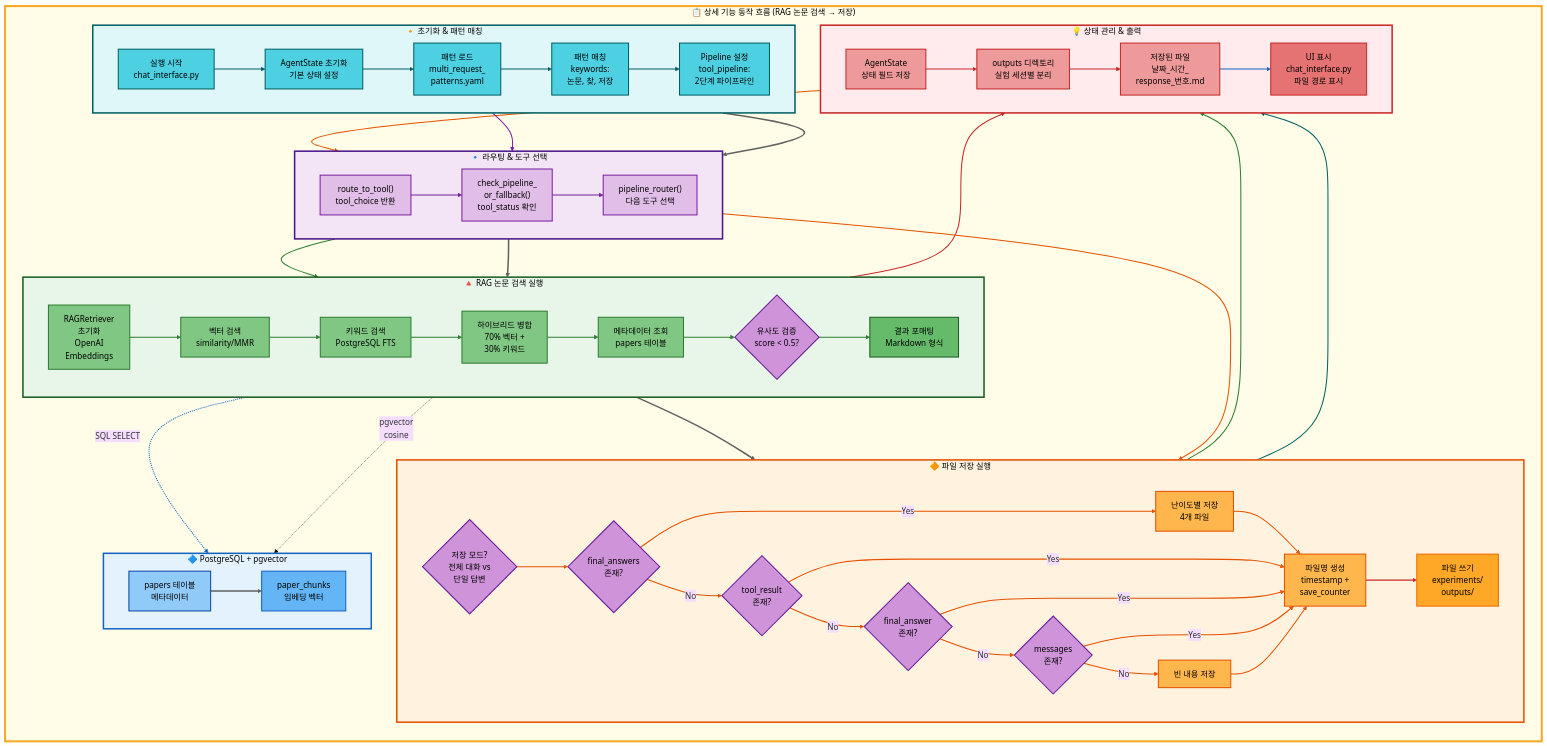
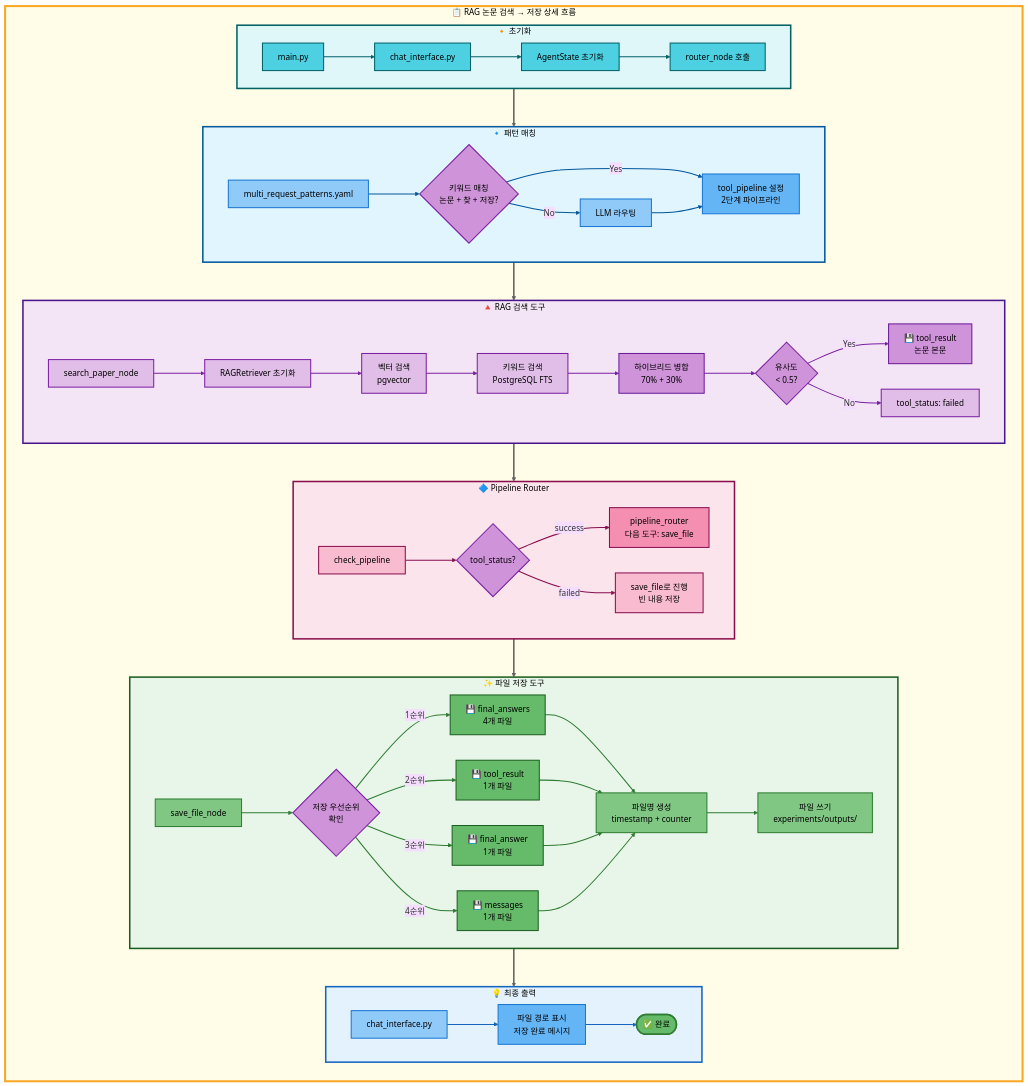
The second of 2 diagrams in docs/architecture/multiple_request/02_이중요청_RAG논문검색_저장.md (AIBootcamp14/langchainproject-new-langchainproject_5), drawn with Mermaid (base theme) before and after one commit. The commit also changed other lines of this file, not shown here.

Commit message:
style: 02번 문서 Mermaid 다이어그램 01번 형식으로 통일
02_이중요청_RAG논문검색_저장.md의 Mermaid 다이어그램을
01_이중요청_RAG논문검색_논문요약.md와 동일한 예쁜 형식으로 수정

## 🎨 개선 사항

### 단순 흐름 아키텍처
- 시작/완료 노드 추가 (둥근 형태)
- 노드 ID를 알파벳(A~N)으로 변경
- 레이블 간결화 및 이모지 활용 (💾)
- 조건 분기 색상 보라색으로 통일
- 4단계 구조: Init → Step1 → Step2 → Output

### 상세 기능 동작 흐름도
- 노드 ID를 알파벳(A~AE)으로 변경
- 복잡한 구조 단순화 (8개 subgraph → 6개)
- Database subgraph 제거, 핵심 흐름에 집중
- 6단계 구조: Init → Pattern → Search → Router → Save → Output
- 저장 우선순위 4단계 명확히 표시

### 통일된 스타일
- 01번과 동일한 색상 팔레트
- 01번과 동일한 linkStyle 주석 형식
- 01번과 동일한 노드 스타일 블록 구조

````diff
--- a/docs/architecture/multiple_request/02_이중요청_RAG논문검색_저장.md
+++ b/docs/architecture/multiple_request/02_이중요청_RAG논문검색_저장.md
@@ -323,182 +316,168 @@
 ```mermaid
 graph TB
-    subgraph MainFlow["📋 상세 기능 동작 흐름 (RAG 논문 검색 → 저장)"]
+    subgraph MainFlow["📋 RAG 논문 검색 → 저장 상세 흐름"]
         direction TB
 
-        subgraph Init["🔸 초기화 & 패턴 매칭"]
+        subgraph Init["🔸 초기화"]
             direction LR
-            Start["실행 시작<br/>chat_interface.py"] --> InitState["AgentState 초기화<br/>기본 상태 설정"]
-            InitState --> LoadPatterns["패턴 로드<br/>multi_request_<br/>patterns.yaml"]
-            LoadPatterns --> PatternMatch["패턴 매칭<br/>keywords:<br/>논문, 찾, 저장"]
-            PatternMatch --> SetPipeline["Pipeline 설정<br/>tool_pipeline:<br/>2단계 파이프라인"]
+            A[main.py] --> B[chat_interface.py]
+            B --> C[AgentState 초기화]
+            C --> D[router_node 호출]
         end
 
-        subgraph Routing["🔹 라우팅 & 도구 선택"]
+        subgraph Pattern["🔹 패턴 매칭"]
             direction LR
-            RouteToTool["route_to_tool()<br/>tool_choice 반환"] --> CheckPipeline["check_pipeline_<br/>or_fallback()<br/>tool_status 확인"]
-            CheckPipeline --> PipelineRouter["pipeline_router()<br/>다음 도구 선택"]
+            E[multi_request_patterns.yaml] --> F{키워드 매칭<br/>논문 + 찾 + 저장?}
+            F -->|Yes| G[tool_pipeline 설정<br/>2단계 파이프라인]
+            F -->|No| H[LLM 라우팅]
+            H --> G
         end
 
-        subgraph SearchPaper["🔺 RAG 논문 검색 실행"]
+        subgraph Search["🔺 RAG 검색 도구"]
             direction LR
-            InitRetriever["RAGRetriever<br/>초기화<br/>OpenAI<br/>Embeddings"] --> VectorSearch["벡터 검색<br/>similarity/MMR"]
-            VectorSearch --> KeywordSearch["키워드 검색<br/>PostgreSQL FTS"]
-            KeywordSearch --> HybridMerge["하이브리드 병합<br/>70% 벡터 +<br/>30% 키워드"]
-            HybridMerge --> FetchMeta["메타데이터 조회<br/>papers 테이블"]
-            FetchMeta --> CheckSimilarity{"유사도 검증<br/>score < 0.5?"}
-            CheckSimilarity --> FormatResult["결과 포매팅<br/>Markdown 형식"]
+            I[search_paper_node] --> J[RAGRetriever 초기화]
+            J --> K[벡터 검색<br/>pgvector]
+            K --> L[키워드 검색<br/>PostgreSQL FTS]
+            L --> M[하이브리드 병합<br/>70% + 30%]
+            M --> N{유사도<br/>< 0.5?}
+            N -->|Yes| O[💾 tool_result<br/>논문 본문]
+            N -->|No| P[tool_status: failed]
         end
 
-        subgraph SaveFile["🔶 파일 저장 실행"]
+        subgraph Router["🔷 Pipeline Router"]
             direction LR
-            CheckSaveMode{"저장 모드?<br/>전체 대화 vs<br/>단일 답변"} --> CheckFinalAnswers{"final_answers<br/>존재?"}
-            CheckFinalAnswers -->|"Yes"| SaveMultiple["난이도별 저장<br/>4개 파일"]
-            CheckFinalAnswers -->|"No"| CheckToolResult{"tool_result<br/>존재?"}
-            CheckToolResult -->|"Yes"| GenerateFilename["파일명 생성<br/>timestamp +<br/>save_counter"]
-            CheckToolResult -->|"No"| CheckFinalAnswer{"final_answer<br/>존재?"}
-            CheckFinalAnswer -->|"Yes"| GenerateFilename
-            CheckFinalAnswer -->|"No"| CheckMessages{"messages<br/>존재?"}
-            CheckMessages -->|"Yes"| GenerateFilename
-            CheckMessages -->|"No"| SaveEmpty["빈 내용 저장"]
-            SaveMultiple --> GenerateFilename
-            SaveEmpty --> GenerateFilename
-            GenerateFilename --> WriteFile["파일 쓰기<br/>experiments/<br/>outputs/"]
+            Q[check_pipeline] --> R{tool_status?}
+            R -->|success| S[pipeline_router<br/>다음 도구: save_file]
+            R -->|failed| T[save_file로 진행<br/>빈 내용 저장]
         end
 
-        subgraph State["💡 상태 관리 & 출력"]
+        subgraph Save["✨ 파일 저장 도구"]
             direction LR
-            StateFields["AgentState<br/>상태 필드 저장"] --> OutputDir["outputs 디렉토리<br/>실험 세션별 분리"]
-            OutputDir --> SavedFile["저장된 파일<br/>날짜_시간_<br/>response_번호.md"]
-            SavedFile --> DisplayResult["UI 표시<br/>chat_interface.py<br/>파일 경로 표시"]
+            U[save_file_node] --> V{저장 우선순위<br/>확인}
+            V -->|1순위| W[💾 final_answers<br/>4개 파일]
+            V -->|2순위| X[💾 tool_result<br/>1개 파일]
+            V -->|3순위| Y[💾 final_answer<br/>1개 파일]
+            V -->|4순위| Z[💾 messages<br/>1개 파일]
+            W --> AA[파일명 생성<br/>timestamp + counter]
+            X --> AA
+            Y --> AA
+            Z --> AA
+            AA --> AB[파일 쓰기<br/>experiments/outputs/]
         end
 
-        subgraph Database["🔷 PostgreSQL + pgvector"]
+        subgraph Output["💡 최종 출력"]
             direction LR
-            PapersTable["papers 테이블<br/>메타데이터"] --> ChunksTable["paper_chunks<br/>임베딩 벡터"]
+            AC[chat_interface.py] --> AD[파일 경로 표시<br/>저장 완료 메시지]
+            AD --> AE([✅ 완료])
         end
 
         %% 단계 간 연결
-        Init --> Routing
-        Routing --> SearchPaper
-        SearchPaper --> SaveFile
-        SaveFile --> State
+        Init --> Pattern
+        Pattern --> Search
+        Search --> Router
+        Router --> Save
+        Save --> Output
     end
-
-    %% 세부 연결
-    SetPipeline --> RouteToTool
-    RouteToTool --> InitRetriever
-    FormatResult --> StateFields
-    StateFields --> CheckPipeline
-    PipelineRouter --> CheckSaveMode
-    WriteFile --> OutputDir
-    FetchMeta -.->|"SQL SELECT"| PapersTable
-    VectorSearch -.->|"pgvector<br/>cosine"| ChunksTable
 
     %% 메인 워크플로우 배경
     style MainFlow fill:#fffde7,stroke:#f9a825,stroke-width:4px,color:#000
 
     %% Subgraph 스타일
     style Init fill:#e0f7fa,stroke:#006064,stroke-width:3px,color:#000
-    style Routing fill:#f3e5f5,stroke:#4a148c,stroke-width:3px,color:#000
-    style SearchPaper fill:#e8f5e9,stroke:#1b5e20,stroke-width:3px,color:#000
-    style SaveFile fill:#fff3e0,stroke:#e65100,stroke-width:3px,color:#000
-    style State fill:#ffebee,stroke:#c62828,stroke-width:3px,color:#000
-    style Database fill:#e3f2fd,stroke:#1565c0,stroke-width:3px,color:#000
+    style Pattern fill:#e1f5ff,stroke:#01579b,stroke-width:3px,color:#000
+    style Search fill:#f3e5f5,stroke:#4a148c,stroke-width:3px,color:#000
+    style Router fill:#fce4ec,stroke:#880e4f,stroke-width:3px,color:#000
+    style Save fill:#e8f5e9,stroke:#1b5e20,stroke-width:3px,color:#000
+    style Output fill:#e3f2fd,stroke:#1565c0,stroke-width:3px,color:#000
 
-    %% 노드 스타일 (초기화 & 패턴 매칭 - 청록 계열)
-    style Start fill:#4dd0e1,stroke:#006064,stroke-width:2px,color:#000
-    style InitState fill:#4dd0e1,stroke:#006064,stroke-width:2px,color:#000
-    style LoadPatterns fill:#4dd0e1,stroke:#006064,stroke-width:2px,color:#000
-    style PatternMatch fill:#4dd0e1,stroke:#006064,stroke-width:2px,color:#000
-    style SetPipeline fill:#4dd0e1,stroke:#006064,stroke-width:2px,color:#000
+    %% 노드 스타일 (초기화 - 청록 계열)
+    style A fill:#4dd0e1,stroke:#006064,stroke-width:2px,color:#000
+    style B fill:#4dd0e1,stroke:#006064,stroke-width:2px,color:#000
+    style C fill:#4dd0e1,stroke:#006064,stroke-width:2px,color:#000
+    style D fill:#4dd0e1,stroke:#006064,stroke-width:2px,color:#000
 
-    %% 노드 스타일 (라우팅 & 도구 선택 - 보라 계열)
-    style RouteToTool fill:#e1bee7,stroke:#7b1fa2,stroke-width:2px,color:#000
-    style CheckPipeline fill:#e1bee7,stroke:#7b1fa2,stroke-width:2px,color:#000
-    style PipelineRouter fill:#e1bee7,stroke:#7b1fa2,stroke-width:2px,color:#000
+    %% 노드 스타일 (패턴 - 파랑 계열)
+    style E fill:#90caf9,stroke:#1976d2,stroke-width:2px,color:#000
+    style F fill:#ce93d8,stroke:#7b1fa2,stroke-width:2px,color:#000
+    style G fill:#64b5f6,stroke:#1976d2,stroke-width:2px,color:#000
+    style H fill:#90caf9,stroke:#1976d2,stroke-width:2px,color:#000
 
-    %% 노드 스타일 (RAG 논문 검색 실행 - 녹색 계열)
-    style InitRetriever fill:#81c784,stroke:#2e7d32,stroke-width:2px,color:#000
-    style VectorSearch fill:#81c784,stroke:#2e7d32,stroke-width:2px,color:#000
-    style KeywordSearch fill:#81c784,stroke:#2e7d32,stroke-width:2px,color:#000
-    style HybridMerge fill:#81c784,stroke:#2e7d32,stroke-width:2px,color:#000
-    style FetchMeta fill:#81c784,stroke:#2e7d32,stroke-width:2px,color:#000
-    style CheckSimilarity fill:#ce93d8,stroke:#6a1b9a,stroke-width:2px,color:#000
-    style FormatResult fill:#66bb6a,stroke:#1b5e20,stroke-width:2px,color:#000
+    %% 노드 스타일 (RAG 검색 - 보라 계열)
+    style I fill:#e1bee7,stroke:#7b1fa2,stroke-width:2px,color:#000
+    style J fill:#e1bee7,stroke:#7b1fa2,stroke-width:2px,color:#000
+    style K fill:#e1bee7,stroke:#7b1fa2,stroke-width:2px,color:#000
+    style L fill:#e1bee7,stroke:#7b1fa2,stroke-width:2px,color:#000
+    style M fill:#ce93d8,stroke:#6a1b9a,stroke-width:2px,color:#000
+    style N fill:#ce93d8,stroke:#7b1fa2,stroke-width:2px,color:#000
+    style O fill:#ce93d8,stroke:#6a1b9a,stroke-width:2px,color:#000
+    style P fill:#e1bee7,stroke:#7b1fa2,stroke-width:2px,color:#000
 
-    %% 노드 스타일 (파일 저장 실행 - 주황 계열)
-    style CheckSaveMode fill:#ce93d8,stroke:#6a1b9a,stroke-width:2px,color:#000
-    style CheckFinalAnswers fill:#ce93d8,stroke:#6a1b9a,stroke-width:2px,color:#000
-    style CheckToolResult fill:#ce93d8,stroke:#6a1b9a,stroke-width:2px,color:#000
-    style CheckFinalAnswer fill:#ce93d8,stroke:#6a1b9a,stroke-width:2px,color:#000
-    style CheckMessages fill:#ce93d8,stroke:#6a1b9a,stroke-width:2px,color:#000
-    style SaveMultiple fill:#ffb74d,stroke:#e65100,stroke-width:2px,color:#000
-    style SaveEmpty fill:#ffb74d,stroke:#e65100,stroke-width:2px,color:#000
-    style GenerateFilename fill:#ffb74d,stroke:#e65100,stroke-width:2px,color:#000
-    style WriteFile fill:#ffa726,stroke:#ef6c00,stroke-width:2px,color:#000
+    %% 노드 스타일 (Router - 핑크 계열)
+    style Q fill:#f8bbd0,stroke:#880e4f,stroke-width:2px,color:#000
+    style R fill:#ce93d8,stroke:#7b1fa2,stroke-width:2px,color:#000
+    style S fill:#f48fb1,stroke:#880e4f,stroke-width:2px,color:#000
+    style T fill:#f8bbd0,stroke:#880e4f,stroke-width:2px,color:#000
 
-    %% 노드 스타일 (상태 관리 & 출력 - 빨강 계열)
-    style StateFields fill:#ef9a9a,stroke:#c62828,stroke-width:2px,color:#000
-    style OutputDir fill:#ef9a9a,stroke:#c62828,stroke-width:2px,color:#000
-    style SavedFile fill:#ef9a9a,stroke:#c62828,stroke-width:2px,color:#000
-    style DisplayResult fill:#e57373,stroke:#c62828,stroke-width:2px,color:#000
+    %% 노드 스타일 (저장 - 녹색 계열)
+    style U fill:#81c784,stroke:#2e7d32,stroke-width:2px,color:#000
+    style V fill:#ce93d8,stroke:#7b1fa2,stroke-width:2px,color:#000
+    style W fill:#66bb6a,stroke:#1b5e20,stroke-width:2px,color:#000
+    style X fill:#66bb6a,stroke:#1b5e20,stroke-width:2px,color:#000
+    style Y fill:#66bb6a,stroke:#1b5e20,stroke-width:2px,color:#000
+    style Z fill:#66bb6a,stroke:#1b5e20,stroke-width:2px,color:#000
+    style AA fill:#81c784,stroke:#2e7d32,stroke-width:2px,color:#000
+    style AB fill:#81c784,stroke:#2e7d32,stroke-width:2px,color:#000
 
-    %% 노드 스타일 (PostgreSQL + pgvector - 파랑 계열)
-    style PapersTable fill:#90caf9,stroke:#0d47a1,stroke-width:2px,color:#000
-    style ChunksTable fill:#64b5f6,stroke:#1565c0,stroke-width:2px,color:#000
+    %% 노드 스타일 (출력 - 파랑 계열)
+    style AC fill:#90caf9,stroke:#1976d2,stroke-width:2px,color:#000
+    style AD fill:#64b5f6,stroke:#1976d2,stroke-width:2px,color:#000
+    style AE fill:#66bb6a,stroke:#2e7d32,stroke-width:3px,color:#000
 
-    %% 연결선 스타일 (초기화 - 청록 0~3)
+    %% 연결선 스타일 (초기화 0~2)
     linkStyle 0 stroke:#006064,stroke-width:2px
     linkStyle 1 stroke:#006064,stroke-width:2px
     linkStyle 2 stroke:#006064,stroke-width:2px
-    linkStyle 3 stroke:#006064,stroke-width:2px
 
-    %% 연결선 스타일 (라우팅 - 보라 4~5)
-    linkStyle 4 stroke:#7b1fa2,stroke-width:2px
-    linkStyle 5 stroke:#7b1fa2,stroke-width:2px
+    %% 연결선 스타일 (패턴 3~6)
+    linkStyle 3 stroke:#01579b,stroke-width:2px
+    linkStyle 4 stroke:#01579b,stroke-width:2px
+    linkStyle 5 stroke:#01579b,stroke-width:2px
+    linkStyle 6 stroke:#01579b,stroke-width:2px
 
-    %% 연결선 스타일 (RAG 검색 - 녹색 6~10)
-    linkStyle 6 stroke:#2e7d32,stroke-width:2px
-    linkStyle 7 stroke:#2e7d32,stroke-width:2px
-    linkStyle 8 stroke:#2e7d32,stroke-width:2px
-    linkStyle 9 stroke:#2e7d32,stroke-width:2px
-    linkStyle 10 stroke:#2e7d32,stroke-width:2px
-    linkStyle 11 stroke:#2e7d32,stroke-width:2px
+    %% 연결선 스타일 (RAG 검색 7~13)
+    linkStyle 7 stroke:#7b1fa2,stroke-width:2px
+    linkStyle 8 stroke:#7b1fa2,stroke-width:2px
+    linkStyle 9 stroke:#7b1fa2,stroke-width:2px
+    linkStyle 10 stroke:#7b1fa2,stroke-width:2px
+    linkStyle 11 stroke:#7b1fa2,stroke-width:2px
+    linkStyle 12 stroke:#7b1fa2,stroke-width:2px
+    linkStyle 13 stroke:#7b1fa2,stroke-width:2px
 
-    %% 연결선 스타일 (파일 저장 - 주황 12~22)
-    linkStyle 12 stroke:#e65100,stroke-width:2px
-    linkStyle 13 stroke:#e65100,stroke-width:2px
-    linkStyle 14 stroke:#e65100,stroke-width:2px
-    linkStyle 15 stroke:#e65100,stroke-width:2px
-    linkStyle 16 stroke:#e65100,stroke-width:2px
-    linkStyle 17 stroke:#e65100,stroke-width:2px
-    linkStyle 18 stroke:#e65100,stroke-width:2px
-    linkStyle 19 stroke:#e65100,stroke-width:2px
-    linkStyle 20 stroke:#e65100,stroke-width:2px
-    linkStyle 21 stroke:#e65100,stroke-width:2px
-    linkStyle 22 stroke:#e65100,stroke-width:2px
+    %% 연결선 스타일 (Router 14~16)
+    linkStyle 14 stroke:#880e4f,stroke-width:2px
+    linkStyle 15 stroke:#880e4f,stroke-width:2px
+    linkStyle 16 stroke:#880e4f,stroke-width:2px
 
-    %% 연결선 스타일 (상태 관리 - 빨강 23~25)
-    linkStyle 23 stroke:#c62828,stroke-width:2px
-    linkStyle 24 stroke:#c62828,stroke-width:2px
-    linkStyle 25 stroke:#c62828,stroke-width:2px
+    %% 연결선 스타일 (저장 17~26)
+    linkStyle 17 stroke:#2e7d32,stroke-width:2px
+    linkStyle 18 stroke:#2e7d32,stroke-width:2px
+    linkStyle 19 stroke:#2e7d32,stroke-width:2px
+    linkStyle 20 stroke:#2e7d32,stroke-width:2px
+    linkStyle 21 stroke:#2e7d32,stroke-width:2px
+    linkStyle 22 stroke:#2e7d32,stroke-width:2px
+    linkStyle 23 stroke:#2e7d32,stroke-width:2px
+    linkStyle 24 stroke:#2e7d32,stroke-width:2px
+    linkStyle 25 stroke:#2e7d32,stroke-width:2px
+    linkStyle 26 stroke:#2e7d32,stroke-width:2px
 
-    %% 연결선 스타일 (Database - 파랑 26)
-    linkStyle 26 stroke:#1565c0,stroke-width:2px
+    %% 연결선 스타일 (출력 27~28)
+    linkStyle 27 stroke:#1565c0,stroke-width:2px
+    linkStyle 28 stroke:#1565c0,stroke-width:2px
 
-    %% 단계 간 연결 (회색 27~30)
-    linkStyle 27 stroke:#616161,stroke-width:3px
-    linkStyle 28 stroke:#616161,stroke-width:3px
+    %% 단계 간 연결 (회색 29~33)
     linkStyle 29 stroke:#616161,stroke-width:3px
     linkStyle 30 stroke:#616161,stroke-width:3px
-
-    %% 세부 연결 (31~37)
-    linkStyle 31 stroke:#006064,stroke-width:2px
-    linkStyle 32 stroke:#7b1fa2,stroke-width:2px
-    linkStyle 33 stroke:#2e7d32,stroke-width:2px
-    linkStyle 34 stroke:#c62828,stroke-width:2px
-    linkStyle 35 stroke:#e65100,stroke-width:2px
-    linkStyle 36 stroke:#e65100,stroke-width:2px
-    linkStyle 37 stroke:#2e7d32,stroke-width:2px
-    linkStyle 38 stroke:#1565c0,stroke-width:2px
+    linkStyle 31 stroke:#616161,stroke-width:3px
+    linkStyle 32 stroke:#616161,stroke-width:3px
+    linkStyle 33 stroke:#616161,stroke-width:3px
 ```
````
